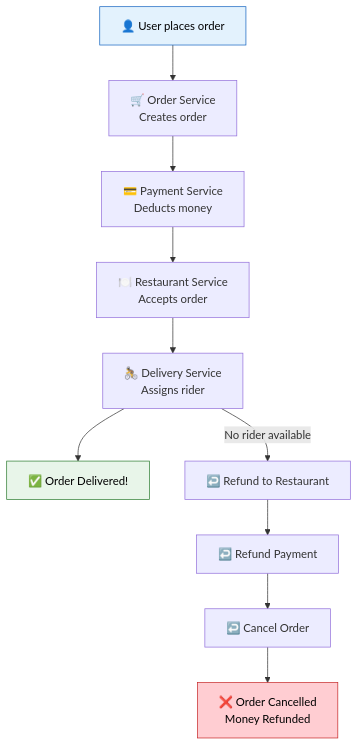
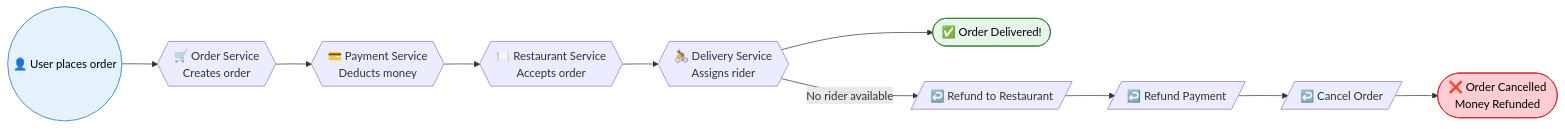
Before and after one commit to saivamsikaruturi/vamsilabs-dev-notes-main: the fifth of 5 diagrams in docs/microservices/SagaDesignPattern.md, drawn with Mermaid. The commit also changed other lines of this file and 146 other files, not shown here.

Commit message:
Horizontal diagrams, UML class diagrams, typography overhaul, and permalink cleanup

````diff
--- a/docs/microservices/SagaDesignPattern.md
+++ b/docs/microservices/SagaDesignPattern.md
@@ -208,17 +208,17 @@
 ```mermaid
-flowchart TD
-    U["👤 User places order"] --> OS["🛒 Order Service<br/>Creates order"]
-    OS --> PS["💳 Payment Service<br/>Deducts money"]
-    PS --> RS["🍽️ Restaurant Service<br/>Accepts order"]
-    RS --> DS["🚴 Delivery Service<br/>Assigns rider"]
-    DS --> Done["✅ Order Delivered!"]
+flowchart LR
+    U(("👤 User places order")) --> OS{{"🛒 Order Service<br/>Creates order"}}
+    OS --> PS{{"💳 Payment Service<br/>Deducts money"}}
+    PS --> RS{{"🍽️ Restaurant Service<br/>Accepts order"}}
+    RS --> DS{{"🚴 Delivery Service<br/>Assigns rider"}}
+    DS --> Done(["✅ Order Delivered!"])
     
-    DS -->|"No rider available"| C1["↩️ Refund to Restaurant"]
-    C1 --> C2["↩️ Refund Payment"]
-    C2 --> C3["↩️ Cancel Order"]
-    C3 --> Failed["❌ Order Cancelled<br/>Money Refunded"]
+    DS -->|"No rider available"| C1[/"↩️ Refund to Restaurant"/]
+    C1 --> C2[/"↩️ Refund Payment"/]
+    C2 --> C3[/"↩️ Cancel Order"/]
+    C3 --> Failed(["❌ Order Cancelled<br/>Money Refunded"])
 
     style Done fill:#E8F5E9,stroke:#2E7D32,color:#000
     style Failed fill:#FFCDD2,stroke:#C62828,color:#000
     style U fill:#E3F2FD,stroke:#1565C0,color:#000
 ```
````
